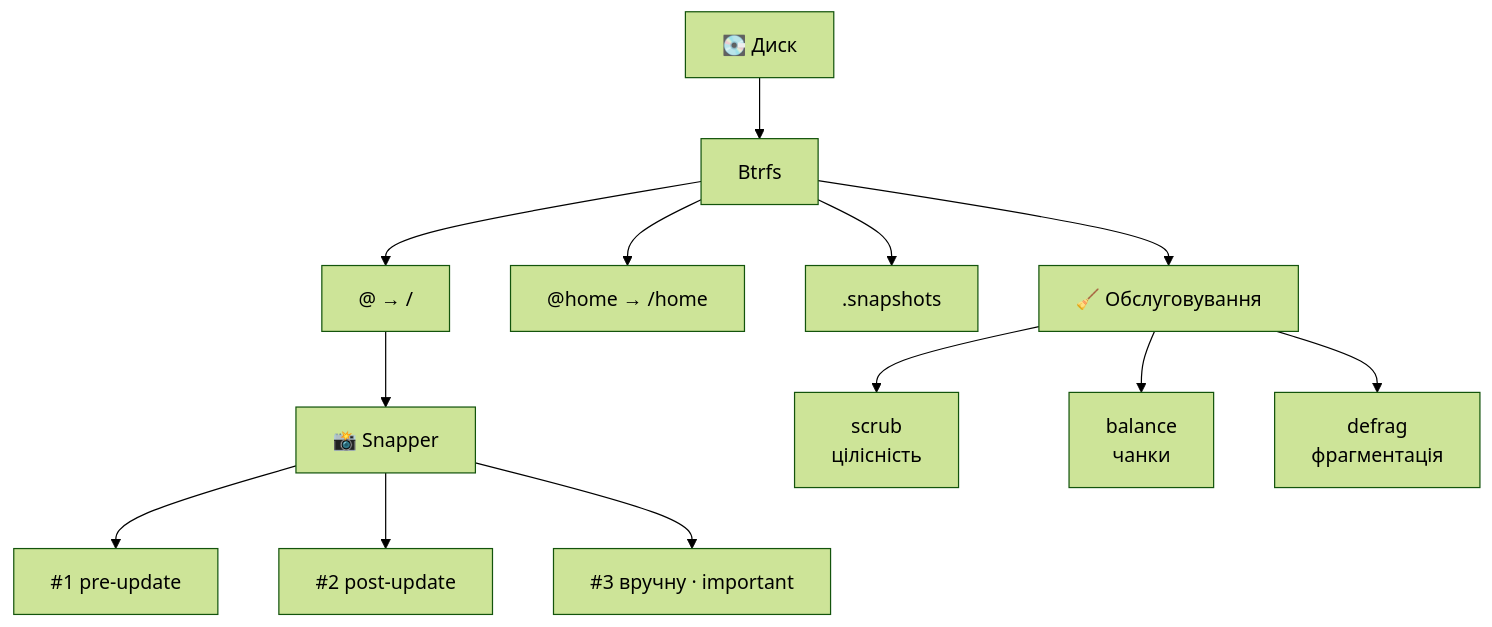
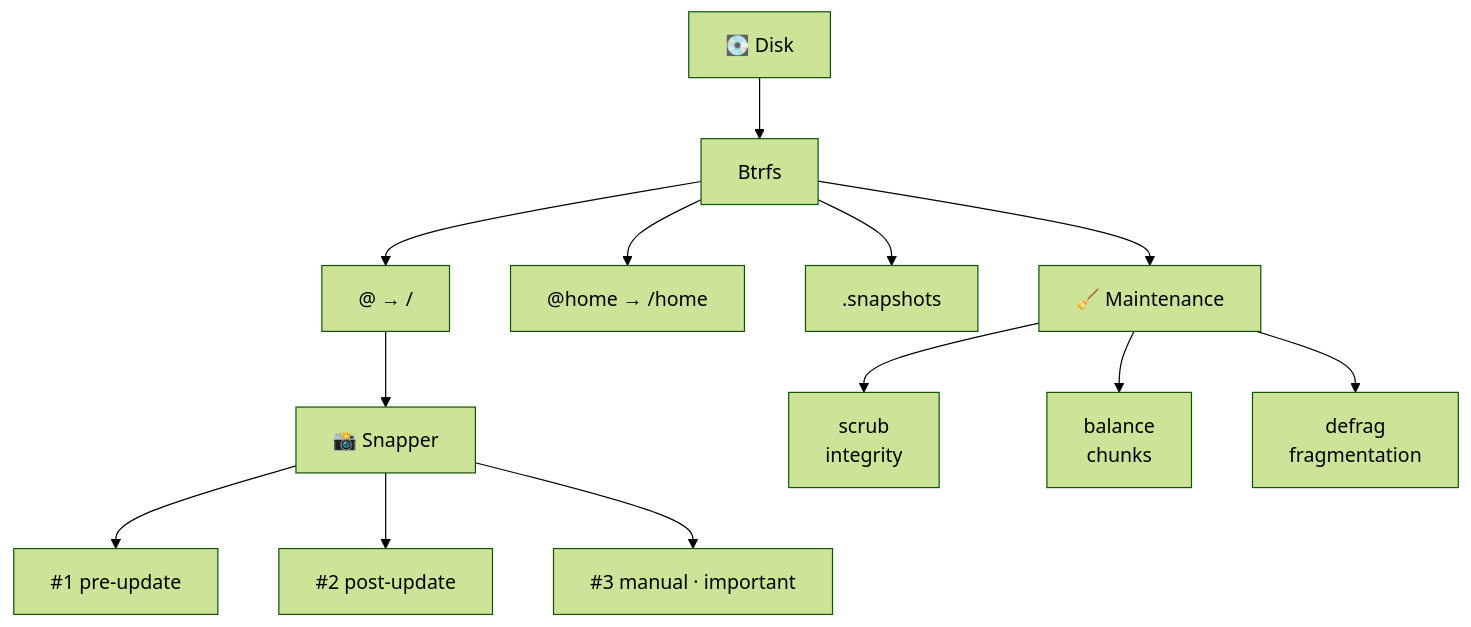
Before and after one commit to andriyevski/python-learning-portfolio: the fourth of 13 diagrams in commands.md, drawn with Mermaid (forest theme). The commit also changed other lines of this file and 3 other files, not shown here.

````diff
--- a/commands.md
+++ b/commands.md
@@ -222,15 +227,15 @@
 ```mermaid
 graph TD
-    D["💽 Диск"] --> B["Btrfs"]
+    D["💽 Disk"] --> B["Btrfs"]
     B --> R["@ → /"]
     B --> H["@home → /home"]
     B --> SN[".snapshots"]
     R --> SNAP["📸 Snapper"]
     SNAP --> S1["#1 pre-update"]
     SNAP --> S2["#2 post-update"]
-    SNAP --> S3["#3 вручну · important"]
-    B --> M["🧹 Обслуговування"]
-    M --> SC["scrub<br/>цілісність"]
-    M --> BL["balance<br/>чанки"]
-    M --> DF["defrag<br/>фрагментація"]
+    SNAP --> S3["#3 manual · important"]
+    B --> M["🧹 Maintenance"]
+    M --> SC["scrub<br/>integrity"]
+    M --> BL["balance<br/>chunks"]
+    M --> DF["defrag<br/>fragmentation"]
 ```
````
